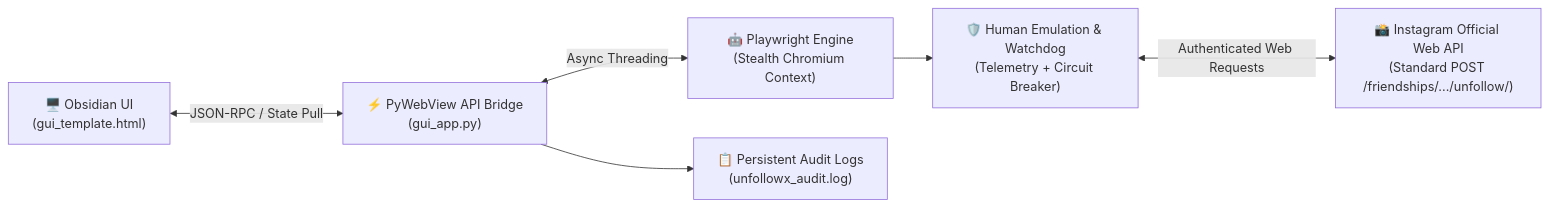
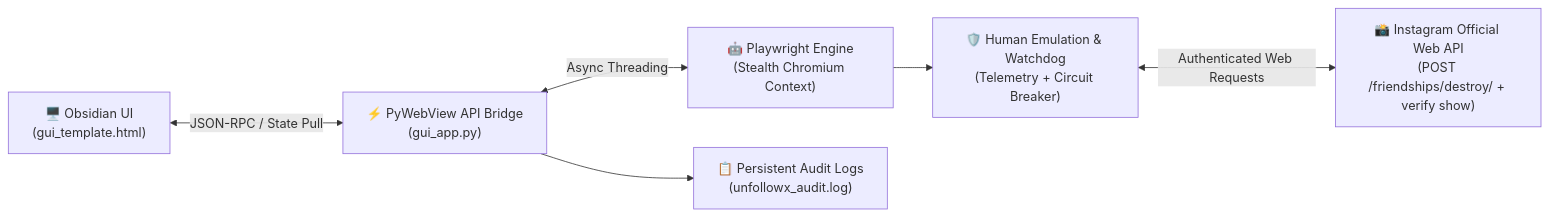
One commit to ZXD44/UnfollowX changed the diagram in README.md. Above: the diagram before and after it, drawn with Mermaid. The commit also changed other lines of this file and 16 other files, not shown here.

````diff
--- a/README.md
+++ b/README.md
@@ -59,15 +63,15 @@
 ```mermaid
 graph LR
     UI["🖥️ Obsidian UI<br/>(gui_template.html)"]
     Bridge["⚡ PyWebView API Bridge<br/>(gui_app.py)"]
     Engine["🤖 Playwright Engine<br/>(Stealth Chromium Context)"]
     Safe["🛡️ Human Emulation & Watchdog<br/>(Telemetry + Circuit Breaker)"]
-    IG["📸 Instagram Official Web API<br/>(Standard POST /friendships/.../unfollow/)"]
+    IG["📸 Instagram Official Web API<br/>(POST /friendships/destroy/ + verify show)"]
     Log["📋 Persistent Audit Logs<br/>(unfollowx_audit.log)"]
 
     UI <-->|"JSON-RPC / State Pull"| Bridge
     Bridge <-->|"Async Threading"| Engine
     Engine --> Safe
     Safe <-->|"Authenticated Web Requests"| IG
     Bridge --> Log
 ```
````
